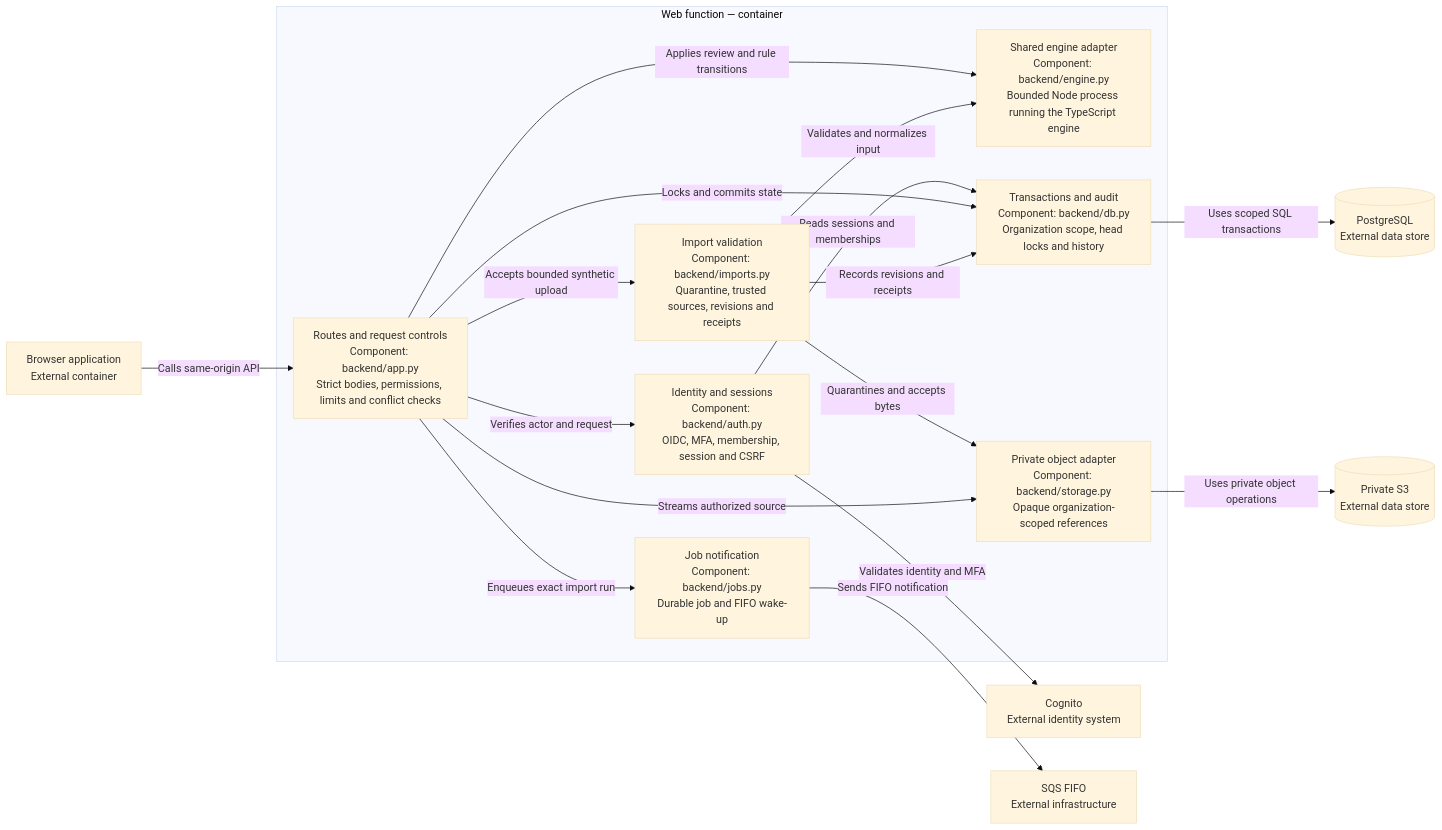
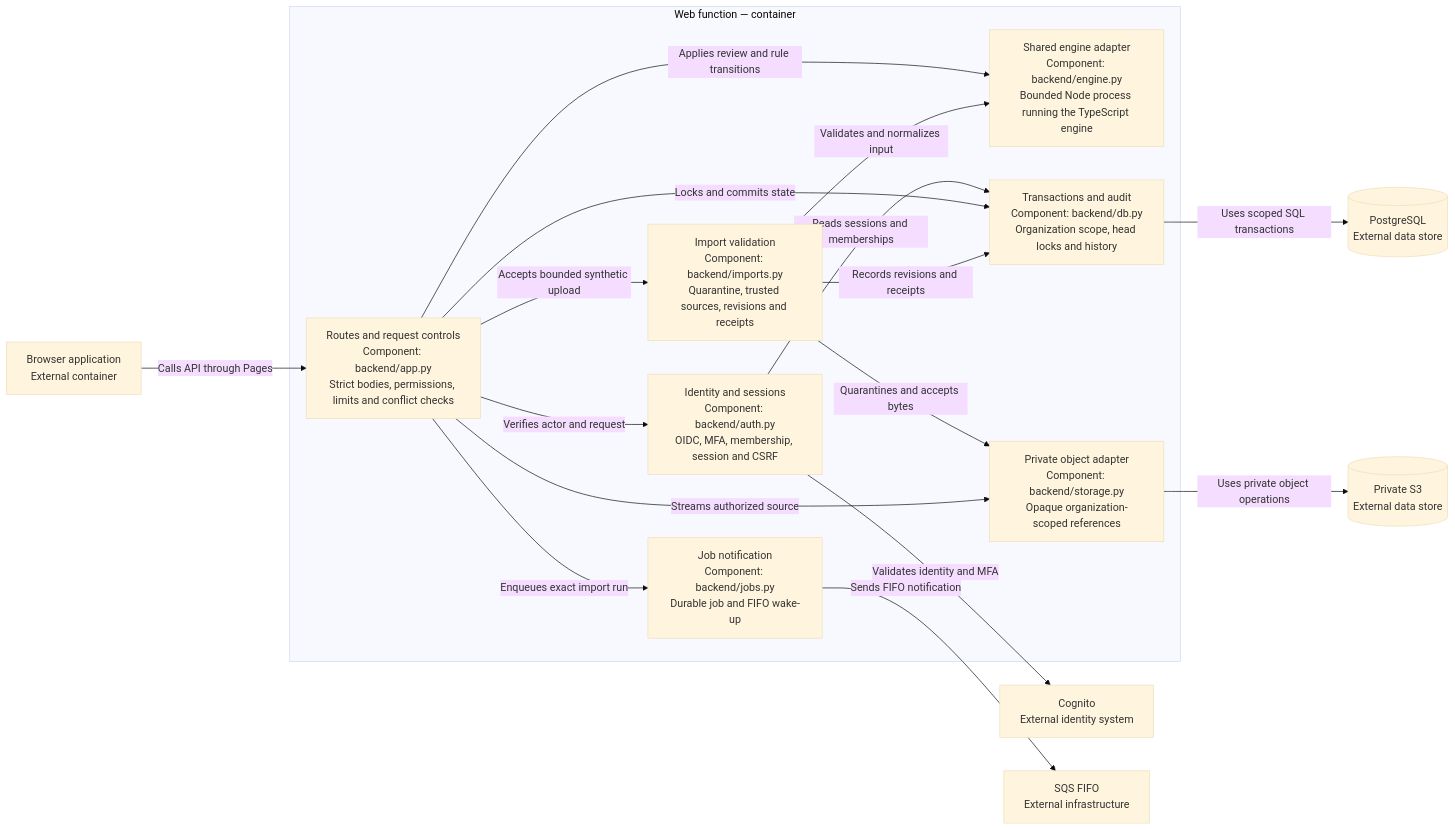
Before and after one commit to manynames3/ShiftClarity: the third of 3 diagrams in docs/architecture/README.md, drawn with Mermaid (base theme). The commit also changed other lines of this file and 21 other files, not shown here.

Commit message:
Serve the full synthetic pilot through Cloudflare Pages

````diff
--- a/docs/architecture/README.md
+++ b/docs/architecture/README.md
@@ -92,34 +95,34 @@
 ```mermaid
 flowchart LR
     browser["Browser application<br/>External container"]
     provider["Cognito<br/>External identity system"]
     db[("PostgreSQL<br/>External data store")]
     s3[("Private S3<br/>External data store")]
     sqs["SQS FIFO<br/>External infrastructure"]
 
     subgraph web["Web function — container"]
         routes["Routes and request controls<br/>Component: backend/app.py<br/>Strict bodies, permissions, limits and conflict checks"]
         auth["Identity and sessions<br/>Component: backend/auth.py<br/>OIDC, MFA, membership, session and CSRF"]
         imports["Import validation<br/>Component: backend/imports.py<br/>Quarantine, trusted sources, revisions and receipts"]
         engine["Shared engine adapter<br/>Component: backend/engine.py<br/>Bounded Node process running the TypeScript engine"]
         persistence["Transactions and audit<br/>Component: backend/db.py<br/>Organization scope, head locks and history"]
         storage["Private object adapter<br/>Component: backend/storage.py<br/>Opaque organization-scoped references"]
         jobs["Job notification<br/>Component: backend/jobs.py<br/>Durable job and FIFO wake-up"]
     end
 
-    browser -->|"Calls same-origin API"| routes
+    browser -->|"Calls API through Pages"| routes
     routes -->|"Verifies actor and request"| auth
     auth -->|"Validates identity and MFA"| provider
     auth -->|"Reads sessions and memberships"| persistence
     routes -->|"Accepts bounded synthetic upload"| imports
     routes -->|"Applies review and rule transitions"| engine
     routes -->|"Locks and commits state"| persistence
     routes -->|"Enqueues exact import run"| jobs
     imports -->|"Validates and normalizes input"| engine
     imports -->|"Records revisions and receipts"| persistence
     imports -->|"Quarantines and accepts bytes"| storage
     routes -->|"Streams authorized source"| storage
     persistence -->|"Uses scoped SQL transactions"| db
     storage -->|"Uses private object operations"| s3
     jobs -->|"Sends FIFO notification"| sqs
 ```
````
